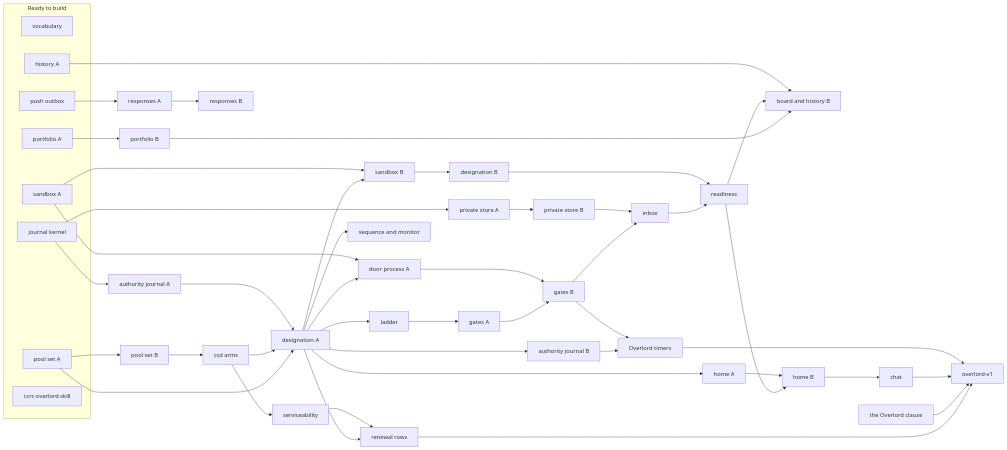
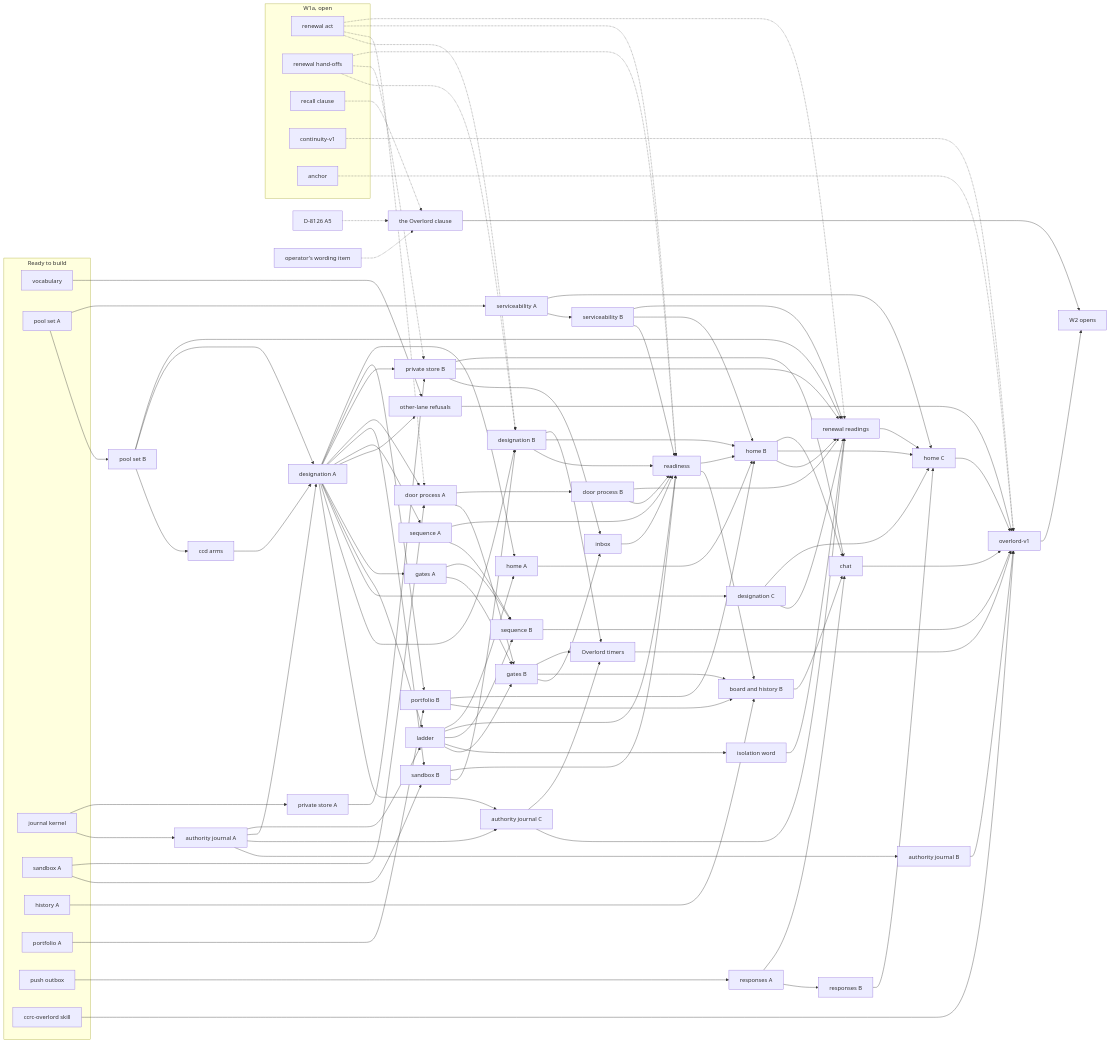
The diagram in docs/superpowers/plans/2026-11-14-overlord-w1.md (Synapsium-Labs/ccrc-pwa), drawn with Mermaid before and after one commit. The commit also changed other lines of this file, not shown here.

First line of the commit message:
docs(plan): the W1 index after review 2075: renewal readings, C11, projectHome, and the order by needs

````diff
--- a/docs/superpowers/plans/2026-11-14-overlord-w1.md
+++ b/docs/superpowers/plans/2026-11-14-overlord-w1.md
@@ -331,34 +447,106 @@
     PO["push outbox"]
     SK["ccrc-overlord skill"]
   end
-  PA --> PB["pool set B"] --> CA["ccd arms"] --> SV["serviceability"] --> RR["renewal rows"]
-  JK --> AJ["authority journal A"] --> DA["designation A"]
+  subgraph W1a["W1a, open"]
+    RA["renewal act"]
+    RH["renewal hand-offs"]
+    RC["recall clause"]
+    CV1["continuity-v1"]
+    AN["anchor"]
+  end
+  A5["D-8126 A5"]
+  OPW["operator's wording item"]
+  W2["W2 opens"]
+  PA --> PB["pool set B"] --> CA["ccd arms"]
+  PA --> SVA["serviceability A"] --> SVB["serviceability B"]
+  JK --> AJA["authority journal A"] --> AJB["authority journal B"]
+  AJA --> AJC["authority journal C"]
+  PB --> DA["designation A"]
   CA --> DA
-  PA --> DA
-  DA --> LD["ladder"] --> GA["gates A"]
-  SA --> SB["sandbox B"] --> DB["designation B"]
+  AJA --> DA
+  DA --> AJC
+  DA --> DB["designation B"]
+  SB --> DB
+  RA -.-> DB
+  RH -.-> DB
+  DA --> DC["designation C"]
+  AJA --> LD["ladder"]
+  DA --> LD
+  DA --> GA["gates A"] --> GB["gates B"]
+  LD --> GB
+  DPA --> GB
+  LD --> ISO["isolation word"]
+  DA --> REF["other-lane refusals"]
+  K --> REF
+  DA --> SQA["sequence A"] --> SQB["sequence B"]
+  LD --> SQB
+  GA --> SQB
+  SA --> SB["sandbox B"]
   DA --> SB
-  SA --> DPA["door process A"] --> GB["gates B"]
+  SA --> DPA["door process A"] --> DPB["door process B"]
   DA --> DPA
-  GA --> GB
-  DA --> AJB["authority journal B"]
-  DA --> SQ["sequence and monitor"]
-  JK --> PS["private store A"] --> PSB["private store B"] --> IN["inbox"]
+  RA -.-> DPA
+  JK --> PSA["private store A"] --> PSB["private store B"]
+  DA --> PSB
+  RH -.-> PSB
+  PSB --> IN["inbox"]
   GB --> IN
   DB --> RD["readiness"]
+  SB --> RD
+  LD --> RD
   IN --> RD
+  SVB --> RD
+  SQA --> RD
+  DPB --> RD
+  RA -.-> RD
+  RH -.-> RD
+  PFA --> PFB["portfolio B"]
+  DA --> PFB
   HA --> HB["board and history B"]
+  GB --> HB
   RD --> HB
-  PFA --> PFB["portfolio B"] --> HB
+  PFB --> HB
   PO --> RSA["responses A"] --> RSB["responses B"]
-  DA --> HMA["home A"] --> HMB["home B"] --> CH["chat"]
+  DA --> HMA["home A"]
+  LD --> HMA
+  HMA --> HMB["home B"]
+  DB --> HMB
   RD --> HMB
-  GB --> OT["Overlord timers"]
-  AJB --> OT
-  DA --> RR
-  CL["the Overlord clause"]
+  PFB --> HMB
+  SVB --> HMB
+  PB --> RR["renewal readings"]
+  SVB --> RR
+  DC --> RR
+  DPB --> RR
+  PSB --> RR
+  HMB --> RR
+  AJC --> RR
+  ISO --> RR
+  RA -.-> RR
+  HMB --> HMC["home C"]
+  DC --> HMC
+  SVA --> HMC
+  RSB --> HMC
+  RR --> HMC
+  HMB --> CH["chat"]
+  PSB --> CH
+  HB --> CH
+  RSA --> CH
+  DB --> OT["Overlord timers"]
+  GB --> OT
+  AJC --> OT
   OT --> V1["overlord-v1"]
   CH --> V1
-  CL --> V1
-  RR --> V1
+  HMC --> V1
+  REF --> V1
+  SQB --> V1
+  AJB --> V1
+  SK --> V1
+  CV1 -.-> V1
+  AN -.-> V1
+  RC -.-> CL["the Overlord clause"]
+  A5 -.-> CL
+  OPW -.-> CL
+  CL --> W2
+  V1 --> W2
 ```
````
